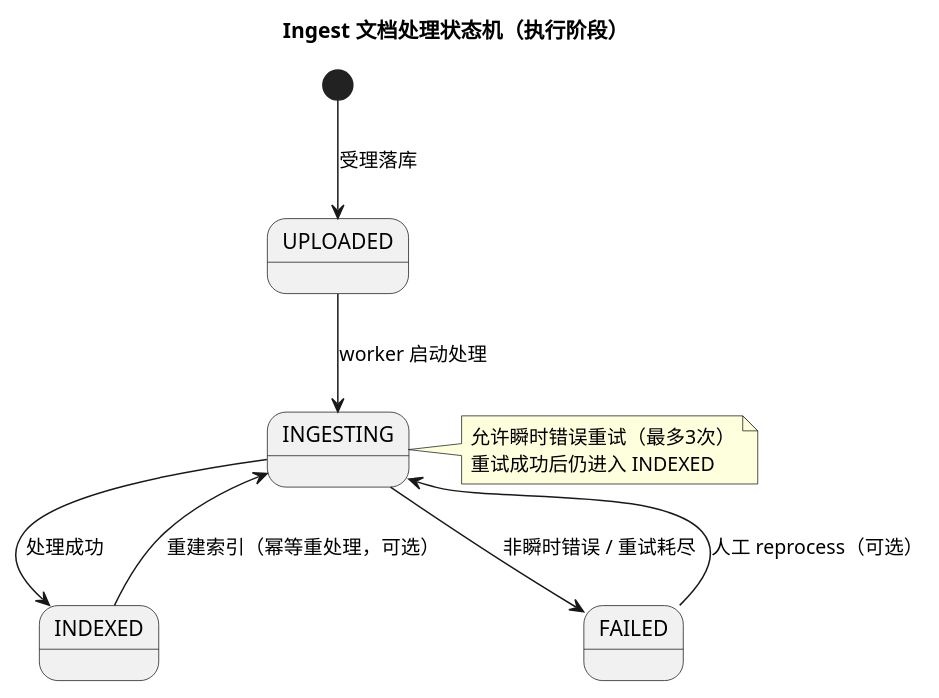
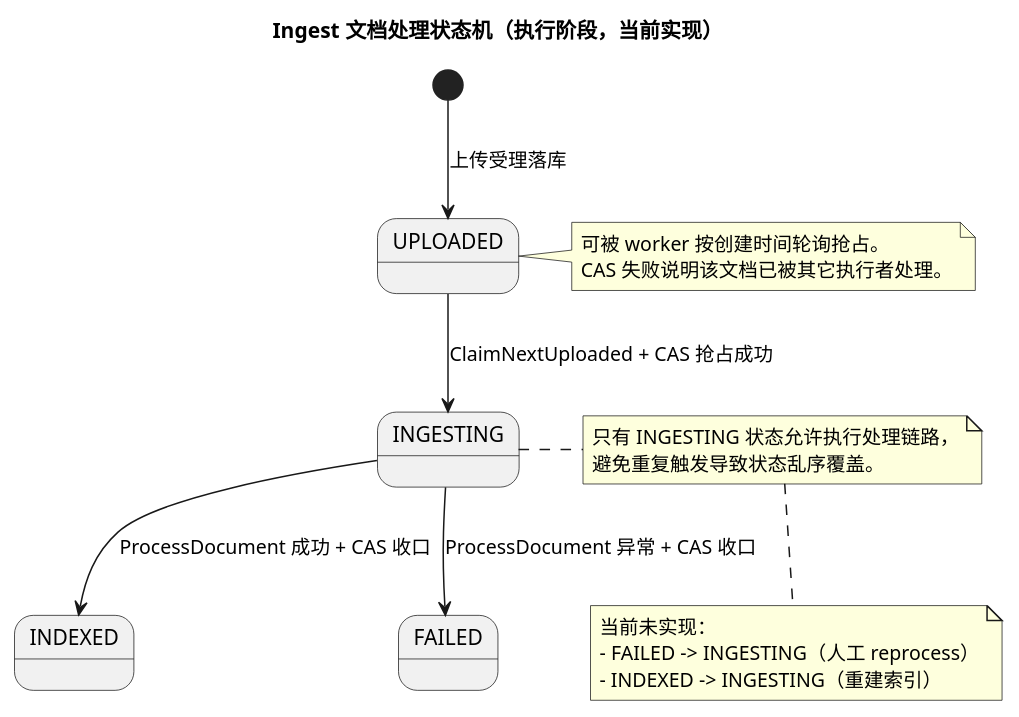
Before and after one commit to pop1414/my-AI: the diagram in docs/architecture/diagrams/ingest/ingest-processing-execution-state.puml, drawn with PlantUML. The commit also changed other lines of this file and 19 other files, not shown here.

```diff
--- a/docs/architecture/diagrams/ingest/ingest-processing-execution-state.puml
+++ b/docs/architecture/diagrams/ingest/ingest-processing-execution-state.puml
@@ -1,19 +1,25 @@
 @startuml
-title Ingest 文档处理状态机（执行阶段）
+title Ingest 文档处理状态机（执行阶段，当前实现）
 
-[*] --> UPLOADED : 受理落库
+[*] --> UPLOADED : 上传受理落库
+UPLOADED --> INGESTING : ClaimNextUploaded + CAS 抢占成功
+INGESTING --> INDEXED : ProcessDocument 成功 + CAS 收口
+INGESTING --> FAILED : ProcessDocument 异常 + CAS 收口
 
-UPLOADED --> INGESTING : worker 启动处理
-INGESTING --> INDEXED : 处理成功
-INGESTING --> FAILED : 非瞬时错误 / 重试耗尽
+note right of UPLOADED
+可被 worker 按创建时间轮询抢占。
+CAS 失败说明该文档已被其它执行者处理。
+end note
 
 note right of INGESTING
-允许瞬时错误重试（最多3次）
-重试成功后仍进入 INDEXED
+只有 INGESTING 状态允许执行处理链路，
+避免重复触发导致状态乱序覆盖。
 end note
 
-FAILED --> INGESTING : 人工 reprocess（可选）
-
-INDEXED --> INGESTING : 重建索引（幂等重处理，可选）
+note bottom
+当前未实现：
+- FAILED -> INGESTING（人工 reprocess）
+- INDEXED -> INGESTING（重建索引）
+end note
 
 @enduml
```
